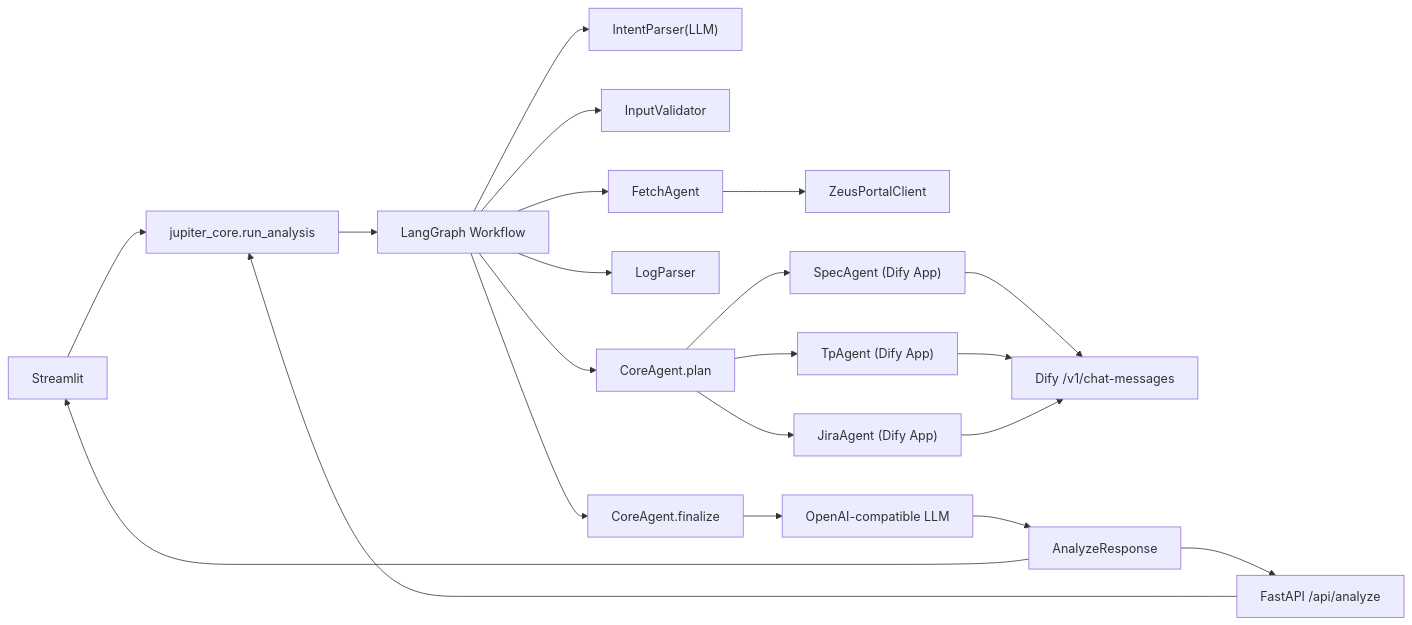
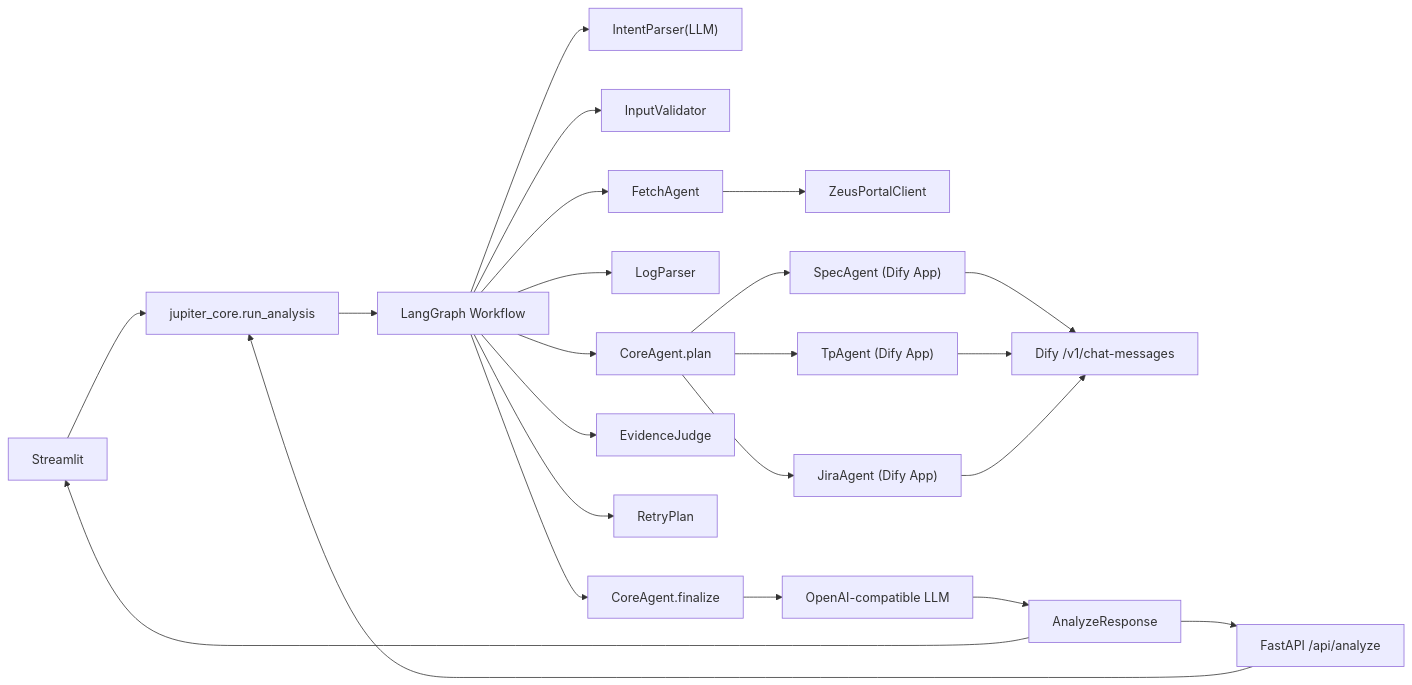
One commit to jonhncatt/jupiter changed the first of 3 diagrams in README.md. Above: the diagram before and after it, drawn with Mermaid. The commit also changed other lines of this file and 8 other files, not shown here.

Commit message:
feat: add graph-level judge and retry loop

````diff
--- a/README.md
+++ b/README.md
@@ -18,27 +18,29 @@
 ```mermaid
 flowchart LR
 UI["Streamlit"] --> CORE["jupiter_core.run_analysis"]
 API["FastAPI /api/analyze"] --> CORE
 CORE --> G["LangGraph Workflow"]
 
 G --> I["IntentParser(LLM)"]
 G --> V["InputValidator"]
 G --> F["FetchAgent"]
 F --> Z["ZeusPortalClient"]
 G --> P["LogParser"]
 
 G --> C1["CoreAgent.plan"]
 C1 --> S["SpecAgent (Dify App)"]
 C1 --> T["TpAgent (Dify App)"]
 C1 --> J["JiraAgent (Dify App)"]
+G --> EJ["EvidenceJudge"]
+G --> RP["RetryPlan"]
 
 S --> D["Dify /v1/chat-messages"]
 T --> D
 J --> D
 
 G --> C2["CoreAgent.finalize"]
 C2 --> L["OpenAI-compatible LLM"]
 L --> R["AnalyzeResponse"]
 R --> UI
 R --> API
 ```
````
